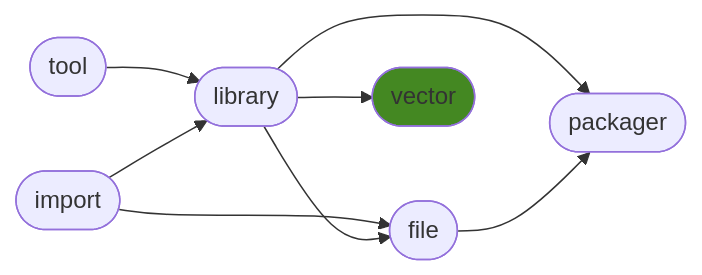
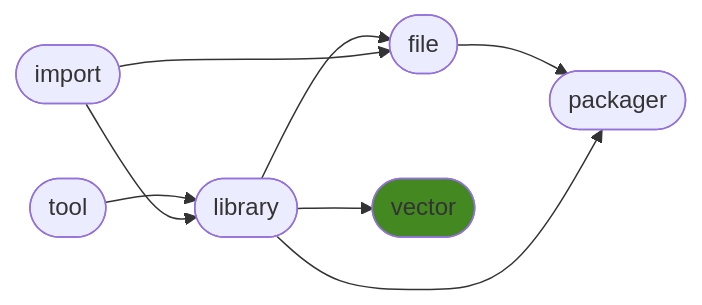
Before and after one commit to ManderaGeneral/generalvector: the diagram in README.md, drawn with Mermaid. The commit also changed other lines of this file, not shown here.

````diff
--- a/README.md
+++ b/README.md
@@ -24,17 +24,17 @@
 ```mermaid
 flowchart LR
+2([library]) --> 4([vector])
+1([tool]) --> 2([library])
+3([file]) --> 5([packager])
+2([library]) --> 3([file])
+0([import]) --> 2([library])
+0([import]) --> 3([file])
 2([library]) --> 5([packager])
-2([library]) --> 4([vector])
-3([file]) --> 5([packager])
-0([import]) --> 3([file])
-1([tool]) --> 2([library])
-0([import]) --> 2([library])
-2([library]) --> 3([file])
 click 0 "https://github.com/ManderaGeneral/generalimport"
 click 1 "https://github.com/ManderaGeneral/generaltool"
 click 2 "https://github.com/ManderaGeneral/generallibrary"
 click 3 "https://github.com/ManderaGeneral/generalfile"
 click 4 "https://github.com/ManderaGeneral/generalvector"
 click 5 "https://github.com/ManderaGeneral/generalpackager"
 style 4 fill:#482
 ```
````
